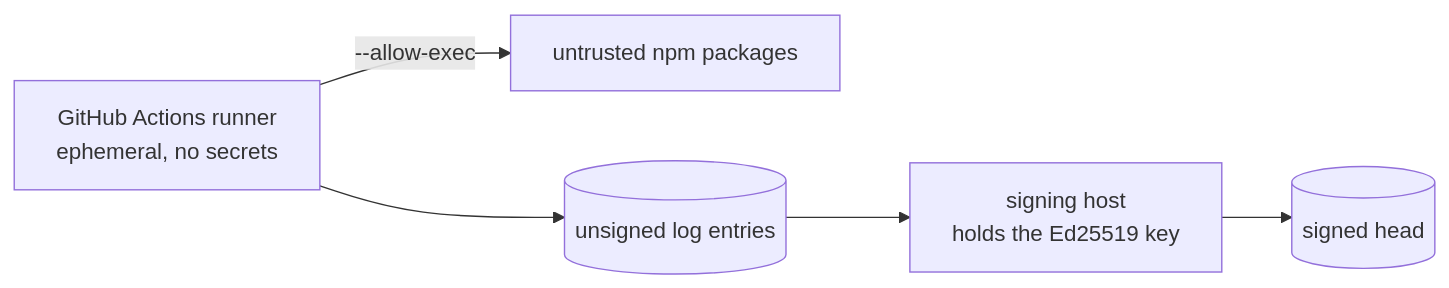
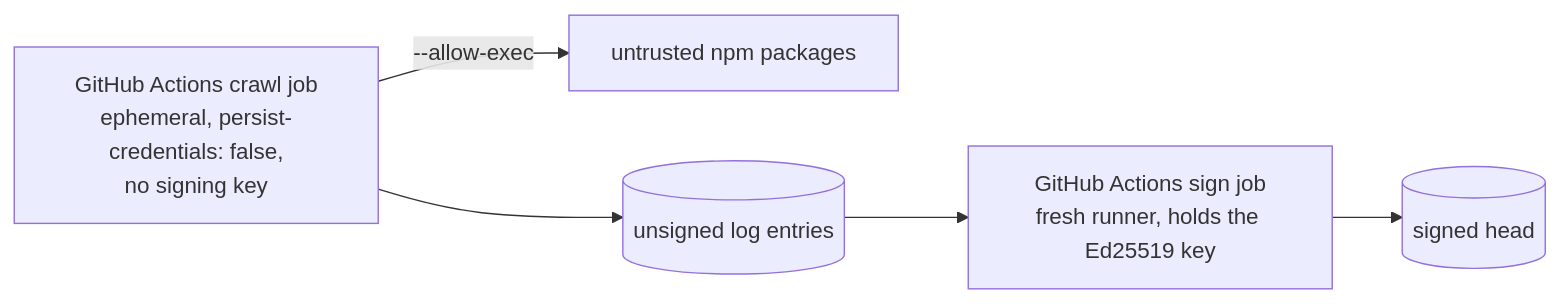
Before and after one commit to GautamTalksDev/mcp-pin: the diagram in docs/OPERATIONS.md, drawn with Mermaid. The commit also changed other lines of this file and 24 other files, not shown here.

````diff
--- a/docs/OPERATIONS.md
+++ b/docs/OPERATIONS.md
@@ -49,7 +49,7 @@
 ```mermaid
 flowchart LR
-    A["GitHub Actions runner<br/>ephemeral, no secrets"] -->|"--allow-exec"| B["untrusted npm packages"]
+    A["GitHub Actions crawl job<br/>ephemeral, persist-credentials: false,<br/>no signing key"] -->|"--allow-exec"| B["untrusted npm packages"]
     A --> C[("unsigned log entries")]
-    C --> D["signing host<br/>holds the Ed25519 key"]
+    C --> D["GitHub Actions sign job<br/>fresh runner, holds the Ed25519 key"]
     D --> E[("signed head")]
 ```
````
